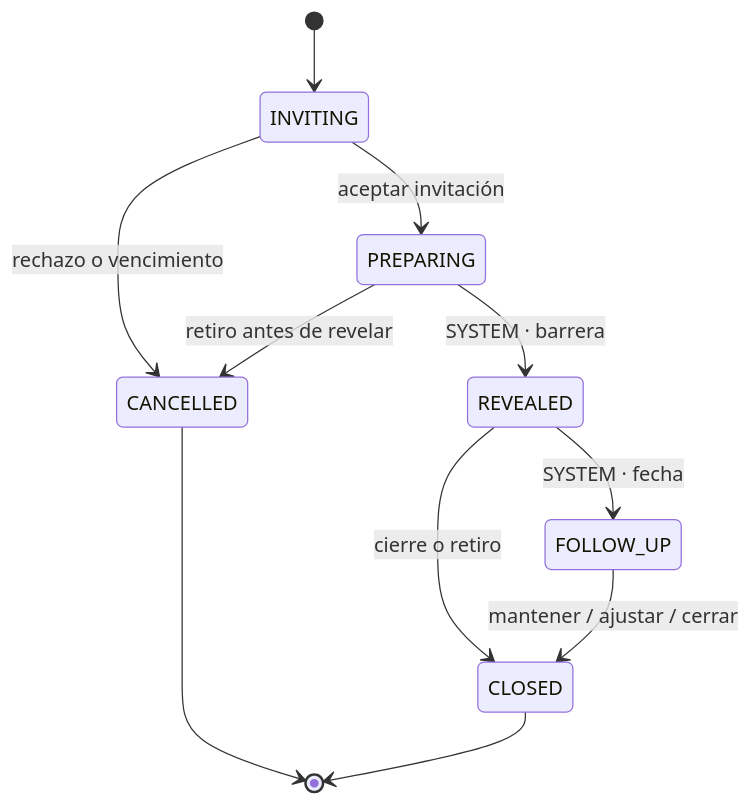
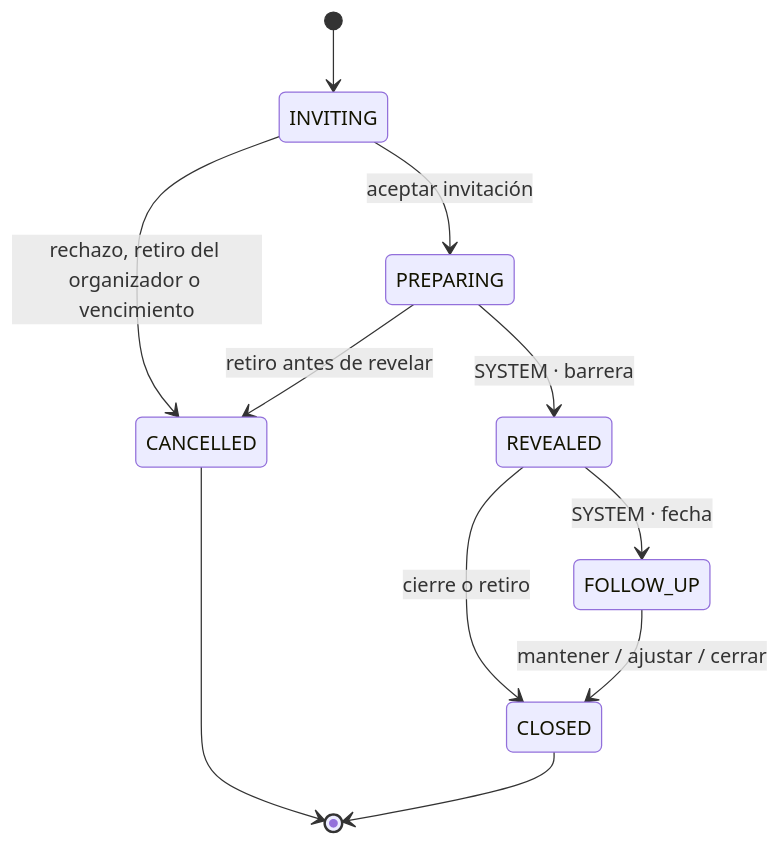
One commit to georgenton/psico-platform changed the diagram in docs/architecture/circles-v1.md. Above: the diagram before and after it, drawn with Mermaid. The commit also changed other lines of this file and 6 other files, not shown here.

````diff
--- a/docs/architecture/circles-v1.md
+++ b/docs/architecture/circles-v1.md
@@ -198,13 +198,13 @@
 ```mermaid
 stateDiagram-v2
     [*] --> INVITING
     INVITING --> PREPARING: aceptar invitación
-    INVITING --> CANCELLED: rechazo o vencimiento
+    INVITING --> CANCELLED: rechazo, retiro del organizador o vencimiento
     PREPARING --> REVEALED: SYSTEM · barrera
     PREPARING --> CANCELLED: retiro antes de revelar
     REVEALED --> FOLLOW_UP: SYSTEM · fecha
     REVEALED --> CLOSED: cierre o retiro
     FOLLOW_UP --> CLOSED: mantener / ajustar / cerrar
     CANCELLED --> [*]
     CLOSED --> [*]
 ```
````
